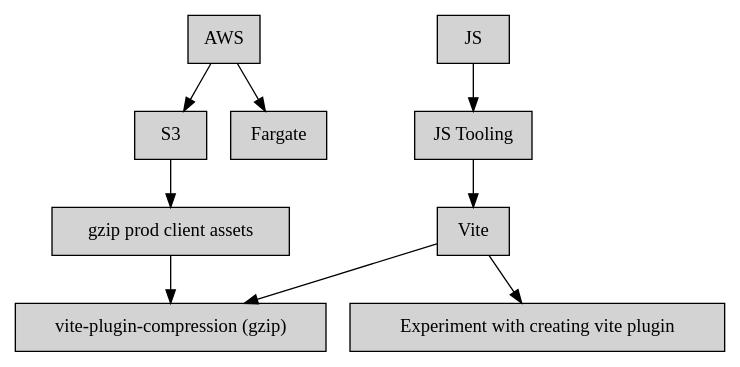
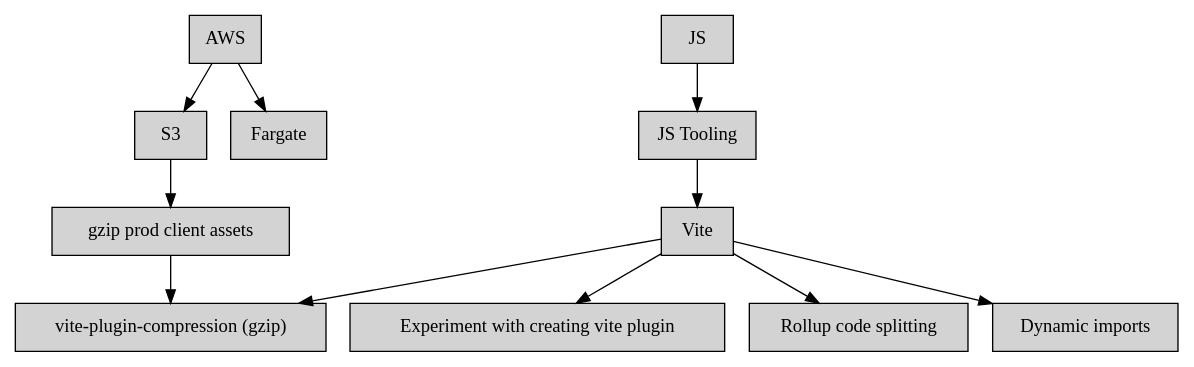
The diagram in roadmap.dot (KonstantinSimeonov/roadmap), drawn with Graphviz before and after one commit.

Commit message:
add more stuff to roadmap

```diff
--- a/roadmap.dot
+++ b/roadmap.dot
@@ -1,12 +1,12 @@
 digraph {
     node [shape=box style=filled]
     "AWS" -> "S3"
     "S3" -> "gzip prod client assets"
     "AWS" -> "Fargate"
     "JS" -> "JS Tooling"
     "JS Tooling" -> "Vite"
     "Vite" -> "vite-plugin-compression (gzip)"
     "vite-plugin-compression (gzip)" [href="http://github.com/vbenjs/vite-plugin-compression"]
     "gzip prod client assets" -> "vite-plugin-compression (gzip)"
-    "Vite" -> "Experiment with creating vite plugin"
+    "Vite" -> "Experiment with creating vite plugin", "Rollup code splitting", "Dynamic imports"
 }
```
